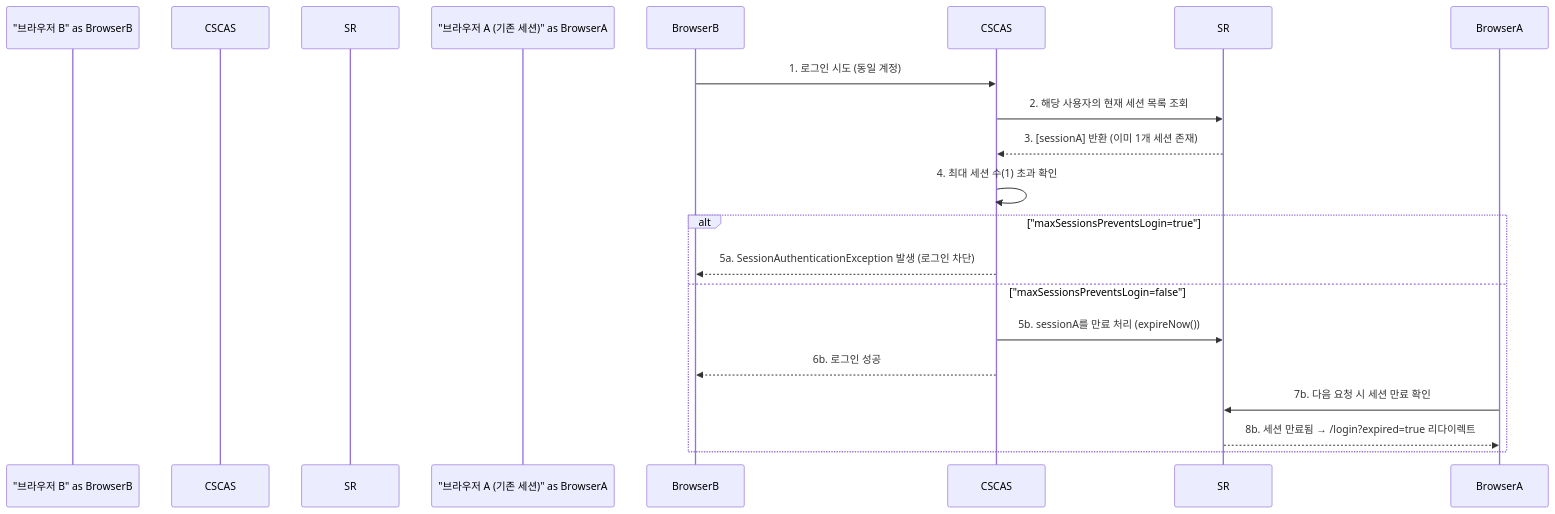
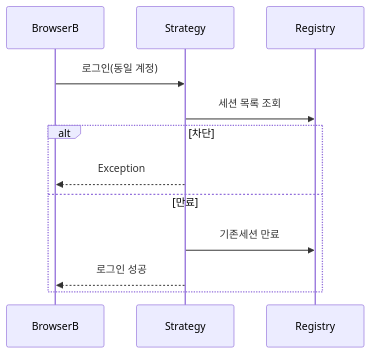
Before and after one commit to yjkim2015/yjkim2015.github.io: the second of 2 diagrams in _posts/security/2021-02-02-동시 세션제어.md, drawn with Mermaid. The commit also changed 215 other files, not shown here.

First line of the commit message:
신규 포스트 10개 추가 + Mermaid 전면 축소 + SystemDesign 시리즈 보강

````diff
--- a/_posts/security/2021-02-02-동시 세션제어.md
+++ b/_posts/security/2021-02-02-동시 세션제어.md
@@ -100,20 +100,14 @@
 ```mermaid
 sequenceDiagram
-    participant "브라우저 B" as BrowserB
-    participant "ConcurrentSessionControlAuthenticationStrategy" as CSCAS
-    participant "SessionRegistry" as SR
-    participant "브라우저 A (기존 세션)" as BrowserA
-
-    BrowserB->>CSCAS: 1. 로그인 시도 (동일 계정)
-    CSCAS->>SR: 2. 해당 사용자의 현재 세션 목록 조회
-    SR-->>CSCAS: 3. [sessionA] 반환 (이미 1개 세션 존재)
-    CSCAS->>CSCAS: 4. 최대 세션 수(1) 초과 확인
-    alt "maxSessionsPreventsLogin=true"
-        CSCAS-->>BrowserB: 5a. SessionAuthenticationException 발생 (로그인 차단)
-    else "maxSessionsPreventsLogin=false"
-        CSCAS->>SR: 5b. sessionA를 만료 처리 (expireNow())
-        CSCAS-->>BrowserB: 6b. 로그인 성공
-        BrowserA->>SR: 7b. 다음 요청 시 세션 만료 확인
-        SR-->>BrowserA: 8b. 세션 만료됨 → /login?expired=true 리다이렉트
+    participant B as BrowserB
+    participant CSS as Strategy
+    participant SR as Registry
+    B->>CSS: 로그인(동일 계정)
+    CSS->>SR: 세션 목록 조회
+    alt 차단
+        CSS-->>B: Exception
+    else 만료
+        CSS->>SR: 기존세션 만료
+        CSS-->>B: 로그인 성공
     end
 ```
````
